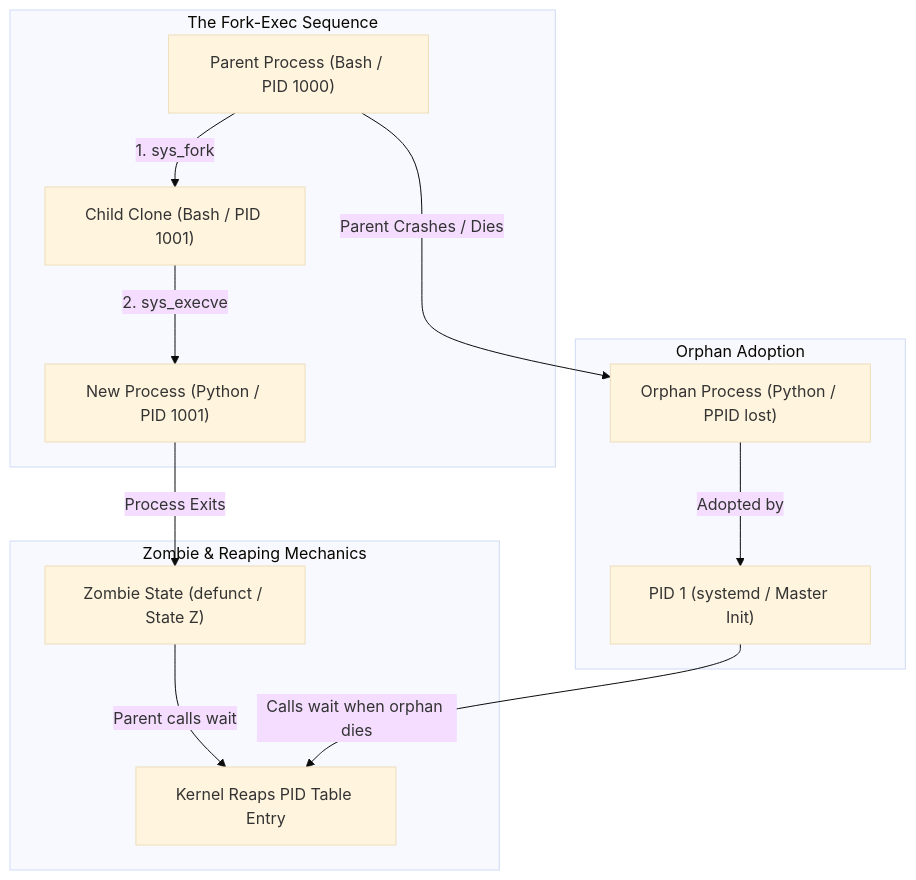
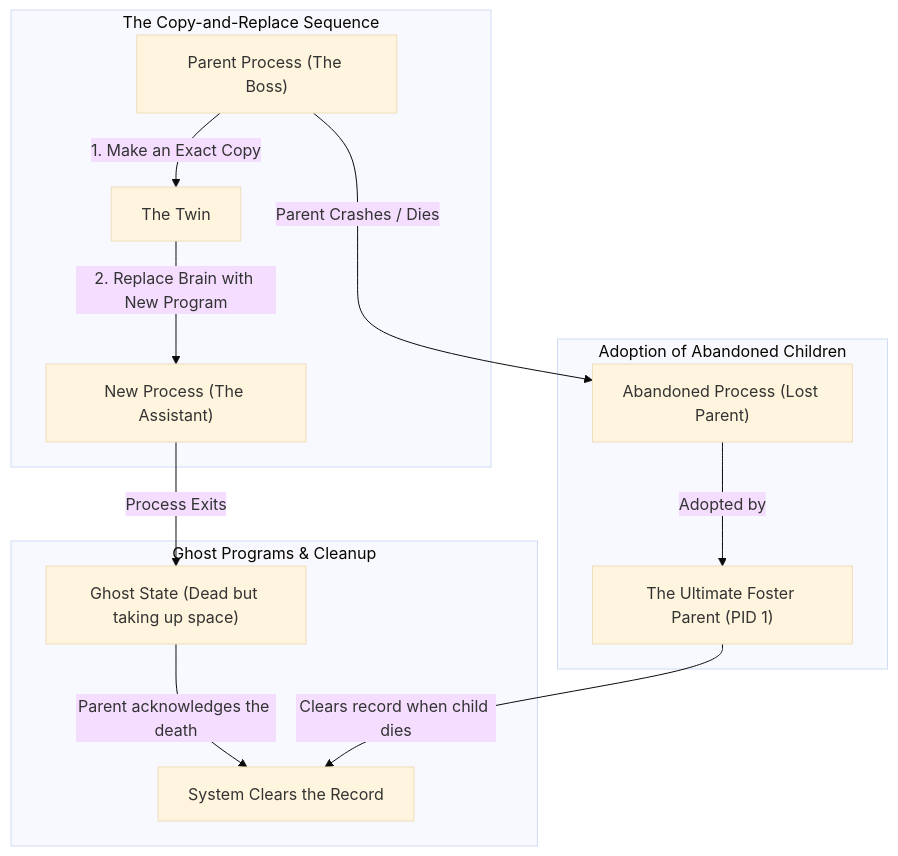
One commit to aloysiuspattath/platform-engineering-ai-course changed the diagram in website/pages/modules/module-03/lesson-02.md. Above: the diagram before and after it, drawn with Mermaid (base theme). The commit also changed other lines of this file and 56 other files, not shown here.

Commit message:
refactor: simplify all architecture diagrams and explanations to layman's terms via AI subagent swarm

````diff
--- a/website/pages/modules/module-03/lesson-02.md
+++ b/website/pages/modules/module-03/lesson-02.md
@@ -85,18 +85,18 @@
 ```mermaid
 flowchart TD
-    subgraph ProcessCreation [The Fork-Exec Sequence]
-        PARENT["Parent Process (Bash / PID 1000)"] -->|1. sys_fork| CHILD_CLONE["Child Clone (Bash / PID 1001)"]
-        CHILD_CLONE -->|2. sys_execve| CHILD_NEW["New Process (Python / PID 1001)"]
+    subgraph ProcessCreation [The Copy-and-Replace Sequence]
+        PARENT["Parent Process (The Boss)"] -->|1. Make an Exact Copy| CHILD_CLONE["The Twin"]
+        CHILD_CLONE -->|2. Replace Brain with New Program| CHILD_NEW["New Process (The Assistant)"]
     end
 
-    subgraph ZombieLifecycle [Zombie & Reaping Mechanics]
-        CHILD_NEW -->|Process Exits| ZOMBIE["Zombie State (defunct / State Z)"]
-        ZOMBIE -->|Parent calls wait| REAPED["Kernel Reaps PID Table Entry"]
+    subgraph ZombieLifecycle [Ghost Programs & Cleanup]
+        CHILD_NEW -->|Process Exits| ZOMBIE["Ghost State (Dead but taking up space)"]
+        ZOMBIE -->|Parent acknowledges the death| REAPED["System Clears the Record"]
     end
 
-    subgraph OrphanAdoption [Orphan Adoption]
-        PARENT -->|Parent Crashes / Dies| ORPHAN["Orphan Process (Python / PPID lost)"]
-        ORPHAN -->|Adopted by| PID1["PID 1 (systemd / Master Init)"]
-        PID1 -->|Calls wait when orphan dies| REAPED
+    subgraph OrphanAdoption [Adoption of Abandoned Children]
+        PARENT -->|Parent Crashes / Dies| ORPHAN["Abandoned Process (Lost Parent)"]
+        ORPHAN -->|Adopted by| PID1["The Ultimate Foster Parent (PID 1)"]
+        PID1 -->|Clears record when child dies| REAPED
     end
 ```
````
